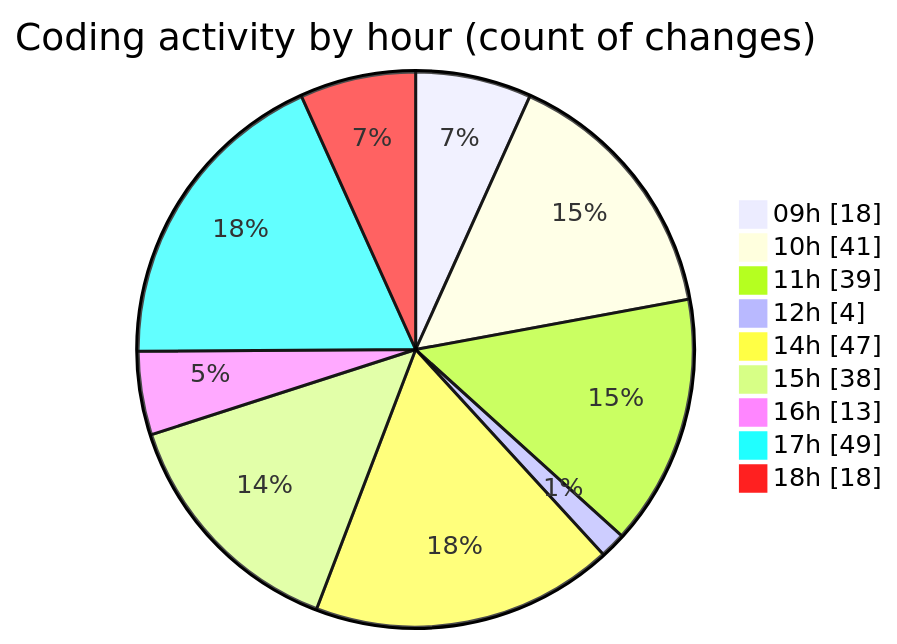
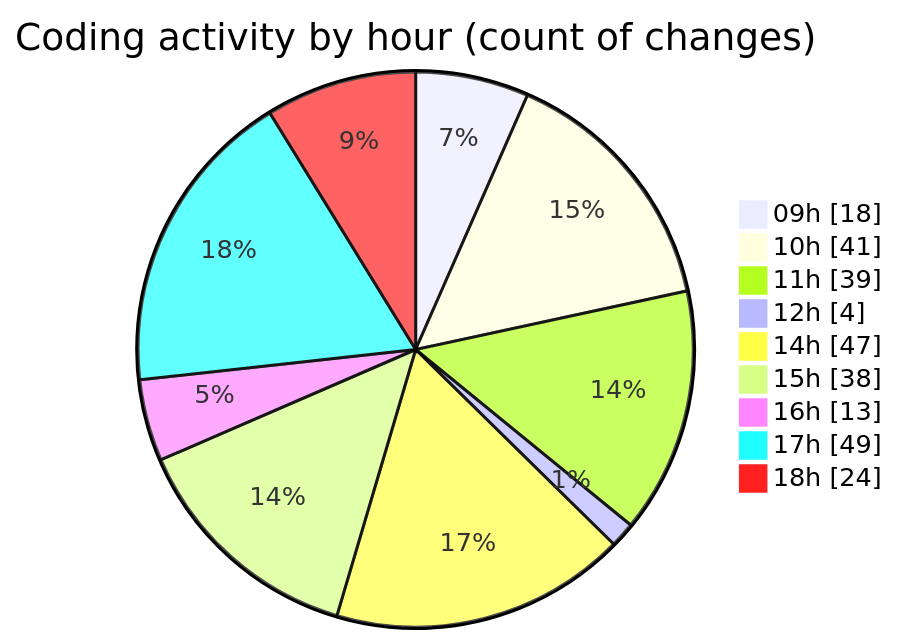
Before and after one commit to momahboobian/code-tracking: the second of 2 diagrams in 2025-02-11/cda/README.md, drawn with Mermaid. The commit also changed other lines of this file and 1 other file, not shown here.

````diff
--- a/2025-02-11/cda/README.md
+++ b/2025-02-11/cda/README.md
@@ -34,13 +34,13 @@
 ```mermaid
 pie showData
 title Coding activity by hour (count of changes)
 "09h" : 18
 "10h" : 41
 "11h" : 39
 "12h" : 4
 "14h" : 47
 "15h" : 38
 "16h" : 13
 "17h" : 49
-"18h" : 18
+"18h" : 24
 ```
````
